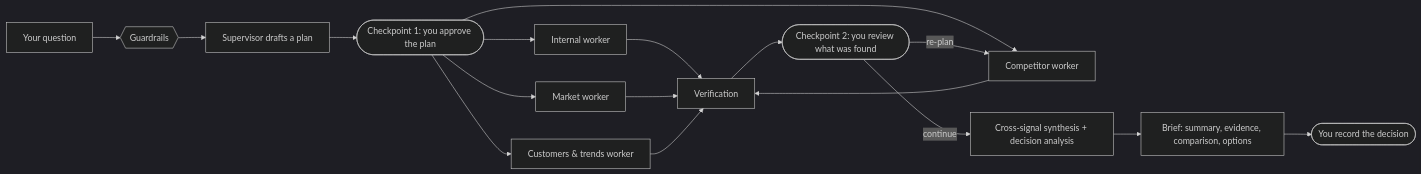
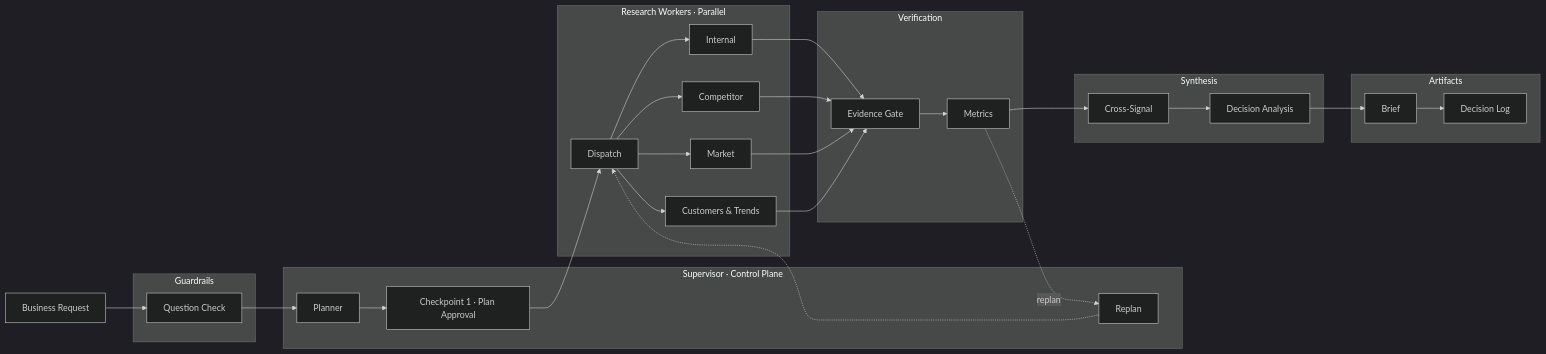
Before and after one commit to ali1soverseas/EDRAK: the first of 2 diagrams in README.md, drawn with Mermaid (dark theme). The commit also changed other lines of this file and 40 other files, not shown here.

````diff
--- a/README.md
+++ b/README.md
@@ -31,16 +53,49 @@
 ```mermaid
 flowchart LR
-    Q[Your question] --> G1{{Guardrails}}
-    G1 --> P[Supervisor drafts a plan]
-    P --> H1([Checkpoint 1: you approve the plan])
-    H1 --> W1[Internal worker]
-    H1 --> W2[Competitor worker]
-    H1 --> W3[Market worker]
-    H1 --> W4[Customers & trends worker]
-    W1 & W2 & W3 & W4 --> V[Verification]
-    V --> H2([Checkpoint 2: you review what was found])
-    H2 -- re-plan --> W2
-    H2 -- continue --> S[Cross-signal synthesis + decision analysis]
-    S --> B[Brief: summary, evidence, comparison, options]
-    B --> D([You record the decision])
+  subgraph Guard["Guardrails"]
+    G["Question Check"]
+  end
+
+  subgraph Control["Supervisor · Control Plane"]
+    P["Planner"]
+    C1["Checkpoint 1 · Plan Approval"]
+    R["Replan"]
+  end
+
+  subgraph Research["Research Workers · Parallel"]
+    RW["Dispatch"]
+    W1["Internal"]
+    W2["Competitor"]
+    W3["Market"]
+    W4["Customers & Trends"]
+    RW --> W1 & W2 & W3 & W4
+  end
+
+  subgraph Gate["Verification"]
+    V["Evidence Gate"]
+    M["Metrics"]
+  end
+
+  subgraph Synthesis["Synthesis"]
+    X["Cross-Signal"]
+    D["Decision Analysis"]
+  end
+
+  subgraph Output["Artifacts"]
+    B["Brief"]
+    E["Decision Log"]
+  end
+
+  Q["Business Request"] --> G
+  G --> P
+  P --> C1
+  C1 --> RW
+  W1 & W2 & W3 & W4 --> V
+  V --> M
+  M --> X
+  X --> D
+  D --> B
+  B --> E
+  M -.->|replan| R
+  R -.-> RW
 ```
````
